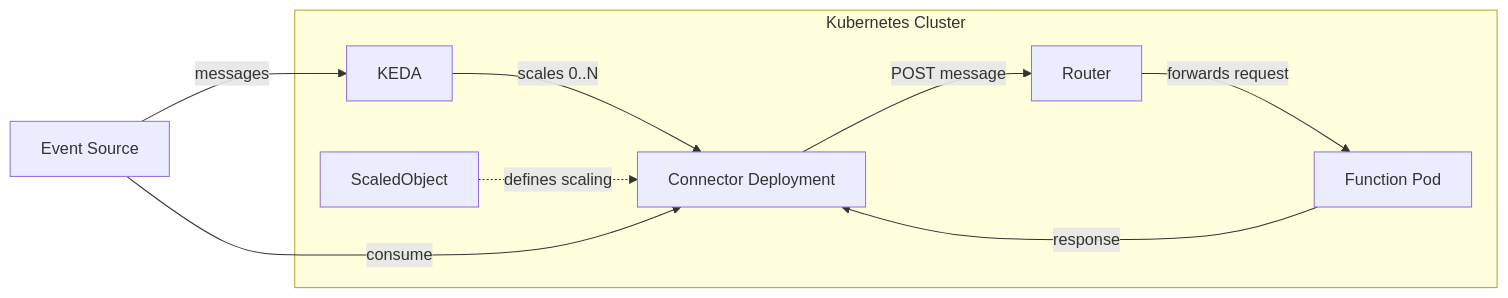
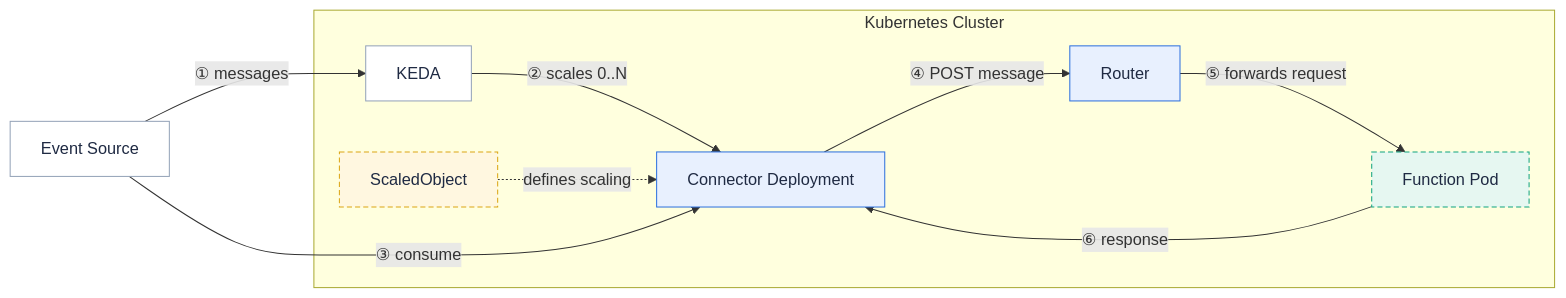
One commit to fission/fission.io changed the diagram in content/en/docs/usage/triggers/message-queue-trigger-kind-keda/_index.md. Above: the diagram before and after it, drawn with Mermaid. The commit also changed 30 other files, not shown here.

First line of the commit message:
Address PR feedback: zoomable diagrams, multi-color kit, centering, preview links

````diff
--- a/content/en/docs/usage/triggers/message-queue-trigger-kind-keda/_index.md
+++ b/content/en/docs/usage/triggers/message-queue-trigger-kind-keda/_index.md
@@ -32,20 +32,24 @@
 ```mermaid
 flowchart LR
-  source["Event Source"]
+  source["Event Source"]:::user
 
   subgraph k8s["Kubernetes Cluster"]
-    keda["KEDA"]
-    scaledobject["ScaledObject"]
-    connector["Connector Deployment"]
-    router["Router"]
-    fnPod["Function Pod"]
+    keda["KEDA"]:::user
+    scaledobject["ScaledObject"]:::store
+    connector["Connector Deployment"]:::fission
+    router["Router"]:::fission
+    fnPod["Function Pod"]:::pod
   end
 
-  source -->|"messages"| keda
-  keda -->|"scales 0..N"| connector
+  source -->|"① messages"| keda
+  keda -->|"② scales 0..N"| connector
   scaledobject -.->|"defines scaling"| connector
-  source -->|"consume"| connector
-  connector -->|"POST message"| router
-  router -->|"forwards request"| fnPod
-  fnPod -->|"response"| connector
+  source -->|"③ consume"| connector
+  connector -->|"④ POST message"| router
+  router -->|"⑤ forwards request"| fnPod
+  fnPod -->|"⑥ response"| connector
+  classDef user fill:#ffffff,stroke:#94a3b8,color:#1f2a43
+  classDef fission fill:#e8f0fe,stroke:#2d70de,color:#1f2a43
+  classDef pod fill:#e6f7f1,stroke:#11a37f,color:#1f2a43,stroke-dasharray:5 3
+  classDef store fill:#fff7e0,stroke:#dba514,color:#1f2a43,stroke-dasharray:5 3
 ```
````
